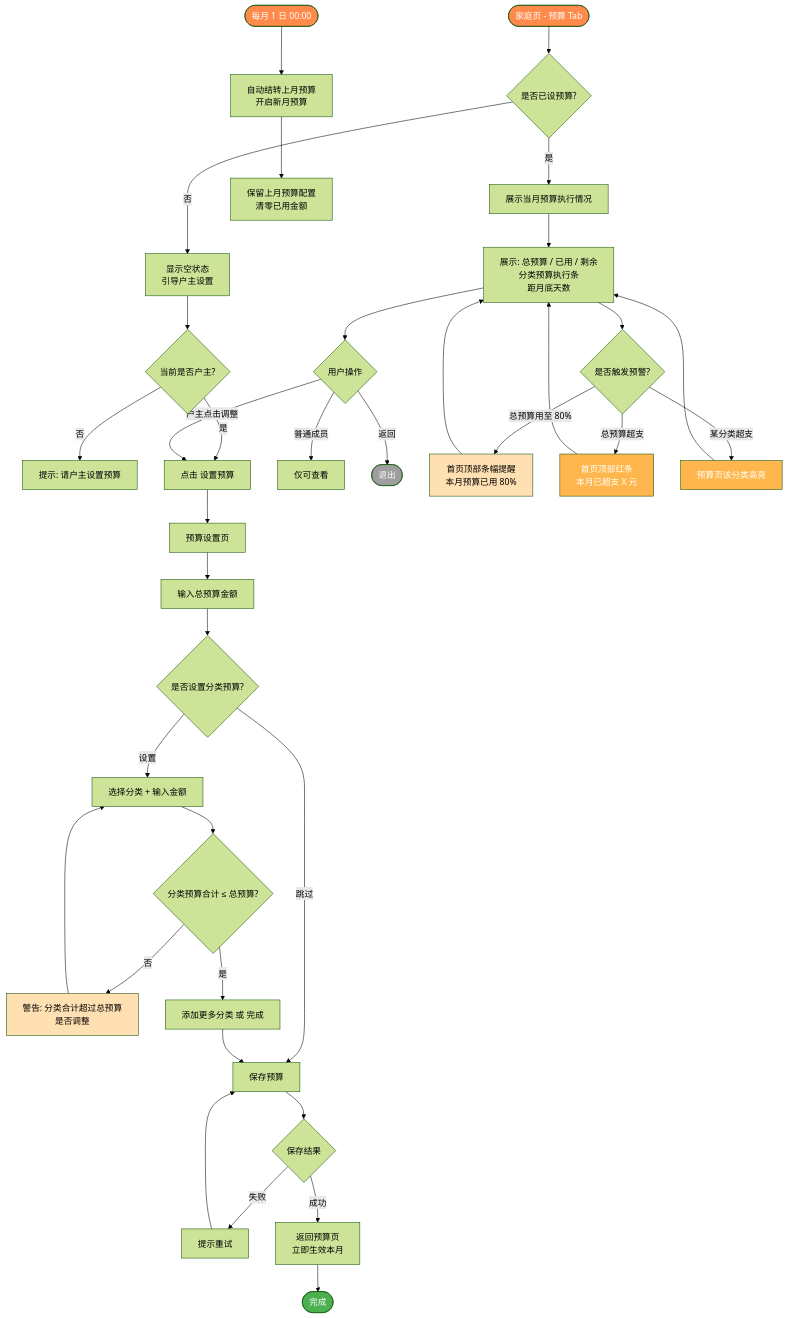
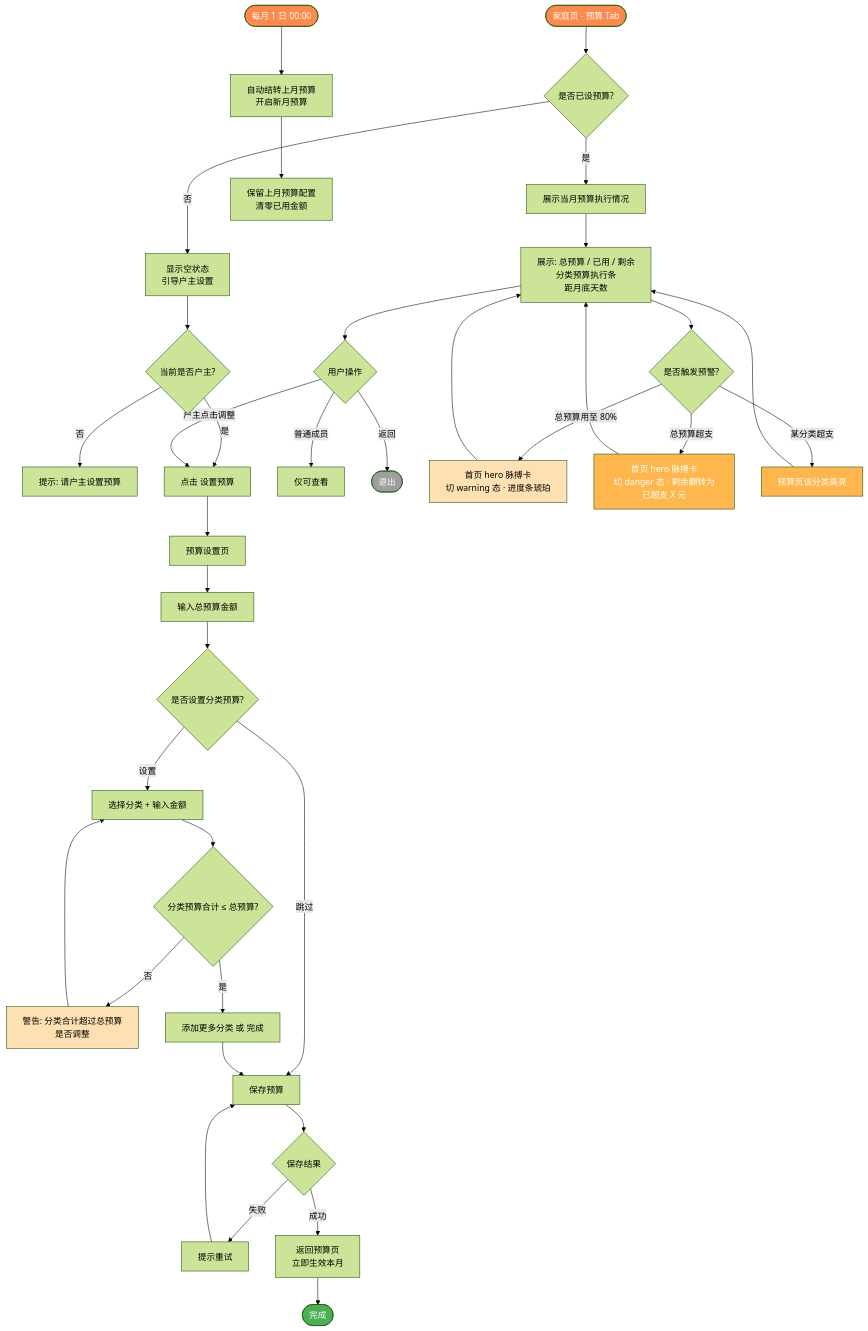
The ninth of 15 diagrams in docs/PRD.md (raochen0000/HomeBook), drawn with Mermaid (forest theme) before and after one commit. The commit also changed other lines of this file and 3 other files, not shown here.

````diff
--- a/docs/PRD.md
+++ b/docs/PRD.md
@@ -806,57 +806,57 @@
 ```mermaid
 flowchart TD
     A([家庭页 - 预算 Tab]) --> B{是否已设预算?}
 
     B -- 否 --> C1[显示空状态<br/>引导户主设置]
     B -- 是 --> C2[展示当月预算执行情况]
 
     C1 --> D{当前是否户主?}
     D -- 否 --> D1[提示: 请户主设置预算]
     D -- 是 --> E[点击 设置预算]
 
     C2 --> F[展示: 总预算 / 已用 / 剩余<br/>分类预算执行条<br/>距月底天数]
 
     F --> G{用户操作}
     G -- 户主点击调整 --> E
     G -- 普通成员 --> G1[仅可查看]
     G -- 返回 --> Z1([退出])
 
     E --> H[预算设置页]
     H --> I[输入总预算金额]
     I --> J{是否设置分类预算?}
 
     J -- 跳过 --> M[保存预算]
     J -- 设置 --> K[选择分类 + 输入金额]
     K --> K1{分类预算合计 ≤ 总预算?}
     K1 -- 否 --> K1a[警告: 分类合计超过总预算<br/>是否调整]
     K1a --> K
     K1 -- 是 --> K2[添加更多分类 或 完成]
     K2 --> M
 
     M --> N{保存结果}
     N -- 失败 --> N1[提示重试]
     N1 --> M
     N -- 成功 --> O[返回预算页<br/>立即生效本月]
     O --> Z2([完成])
 
     F --> P{是否触发预警?}
-    P -- 总预算用至 80% --> P1[首页顶部条幅提醒<br/>本月预算已用 80%]
-    P -- 总预算超支 --> P2[首页顶部红条<br/>本月已超支 X 元]
+    P -- 总预算用至 80% --> P1[首页 hero 脉搏卡<br/>切 warning 态 · 进度条琥珀]
+    P -- 总预算超支 --> P2[首页 hero 脉搏卡<br/>切 danger 态 · 剩余翻转为已超支 X 元]
     P -- 某分类超支 --> P3[预算页该分类高亮]
 
     P1 --> F
     P2 --> F
     P3 --> F
 
     Q([每月 1 日 00:00]) --> Q1[自动结转上月预算<br/>开启新月预算]
     Q1 --> Q2[保留上月预算配置<br/>清零已用金额]
 
     style A fill:#FF8A4C,color:#fff
     style Q fill:#FF8A4C,color:#fff
     style Z1 fill:#9E9E9E,color:#fff
     style Z2 fill:#4CAF50,color:#fff
     style P1 fill:#FFE0B2
     style P2 fill:#FFB74D,color:#fff
     style P3 fill:#FFB74D,color:#fff
     style K1a fill:#FFE0B2
 ```
````
